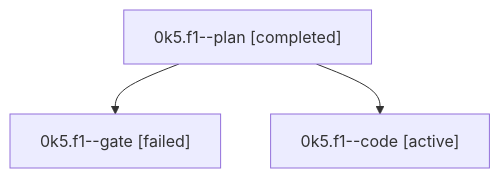
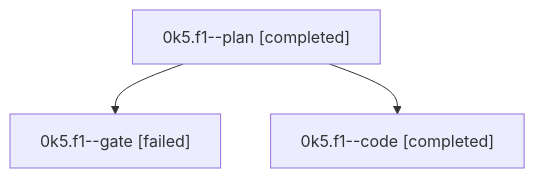
Before and after one commit to bobs-org/bob-cli--agents: the diagram in sessions/bbugyi200.athena.0k5.f1.md, drawn with Mermaid. The commit also changed other lines of this file and 26 other files, not shown here.

````diff
--- a/sessions/bbugyi200.athena.0k5.f1.md
+++ b/sessions/bbugyi200.athena.0k5.f1.md
@@ -9,8 +9,8 @@
 ```mermaid
 flowchart TD
   n0["0k5.f1--plan [completed]"]
   n1["0k5.f1--gate [failed]"]
   n0 --> n1
-  n2["0k5.f1--code [active]"]
+  n2["0k5.f1--code [completed]"]
   n0 --> n2
 ```
````
